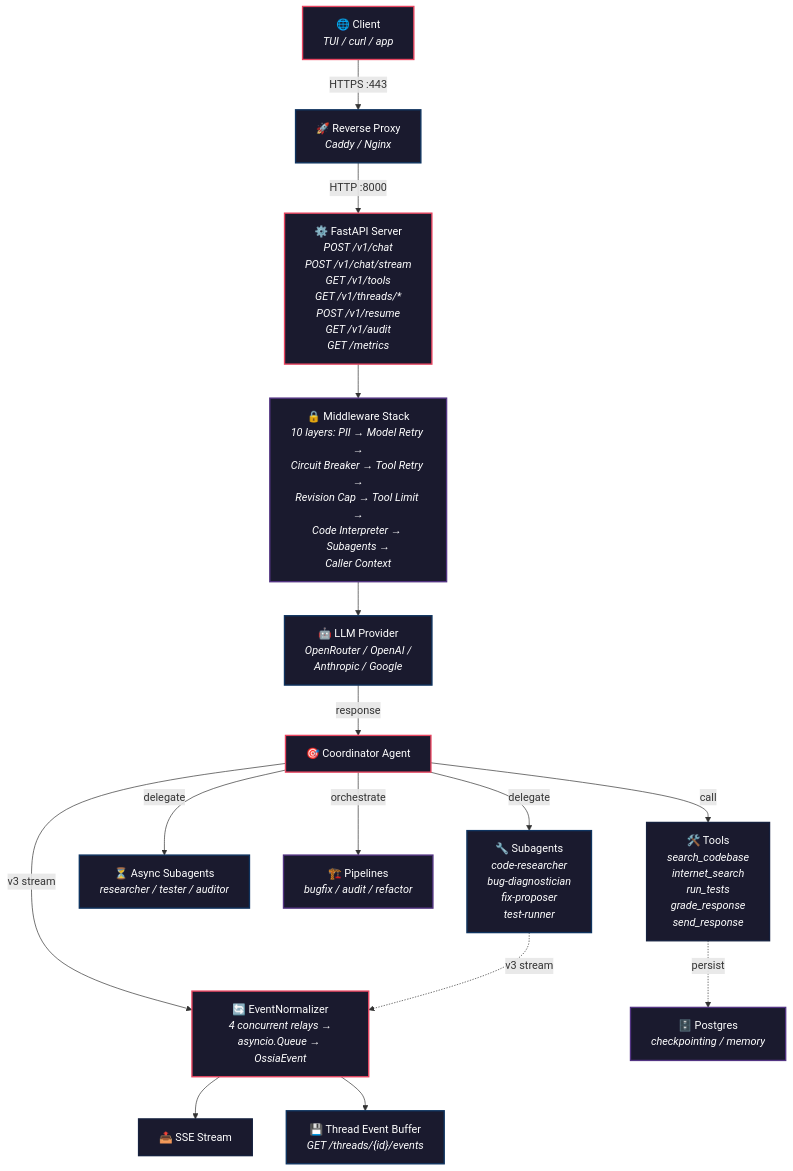
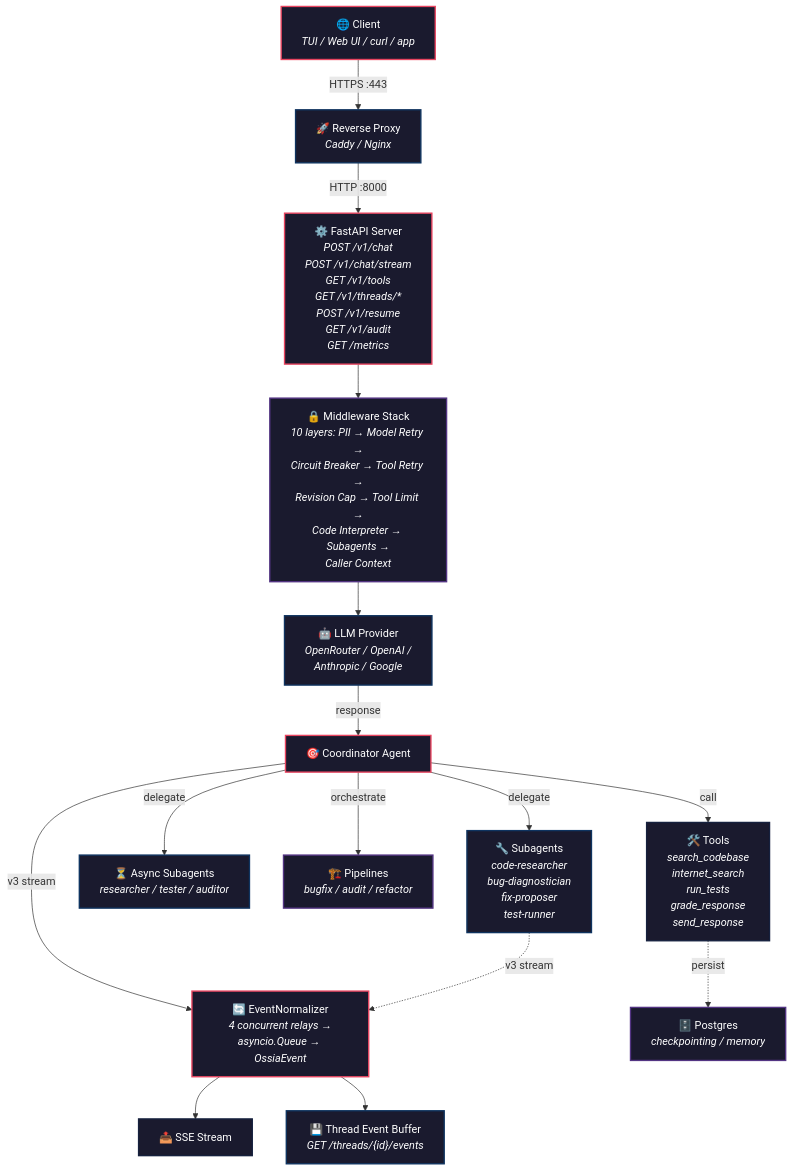
Before and after one commit to Kiy-K/Ossia: the diagram in README.md, drawn with Mermaid. The commit also changed other lines of this file and 1727 other files, not shown here.

````diff
--- a/README.md
+++ b/README.md
@@ -37,47 +37,47 @@
 ```mermaid
 flowchart TB
-    Client["🌐 Client<br/><i>TUI / curl / app</i>"]
+    Client["🌐 Client<br/><i>TUI / Web UI / curl / app</i>"]
     Proxy["🚀 Reverse Proxy<br/><i>Caddy / Nginx</i>"]
     API["⚙️ FastAPI Server<br/><i>POST /v1/chat<br/>POST /v1/chat/stream<br/>GET /v1/tools<br/>GET /v1/threads/*<br/>POST /v1/resume<br/>GET /v1/audit<br/>GET /metrics</i>"]
     MW["🔒 Middleware Stack<br/><i>10 layers: PII → Model Retry →<br/>Circuit Breaker → Tool Retry →<br/>Revision Cap → Tool Limit →<br/>Code Interpreter → Subagents →<br/>Caller Context</i>"]
     LLM["🤖 LLM Provider<br/><i>OpenRouter / OpenAI /<br/>Anthropic / Google</i>"]
     COORD["🎯 Coordinator Agent"]
     SUB["🔧 Subagents<br/><i>code-researcher<br/>bug-diagnostician<br/>fix-proposer<br/>test-runner</i>"]
     ASYNC["⏳ Async Subagents<br/><i>researcher / tester / auditor</i>"]
     PIPE["🏗️ Pipelines<br/><i>bugfix / audit / refactor</i>"]
     TOOLS["🛠️ Tools<br/><i>search_codebase<br/>internet_search<br/>run_tests<br/>grade_response<br/>send_response</i>"]
     NORM["🔄 EventNormalizer<br/><i>4 concurrent relays →<br/>asyncio.Queue → OssiaEvent</i>"]
     SSE["📤 SSE Stream"]
     BUF["💾 Thread Event Buffer<br/><i>GET /threads/{id}/events</i>"]
     POSTGRES["🗄️ Postgres<br/><i>checkpointing / memory</i>"]
 
     Client -->|HTTPS :443| Proxy
     Proxy -->|HTTP :8000| API
     API --> MW
     MW --> LLM
     LLM -->|response| COORD
     COORD -->|delegate| SUB
     COORD -->|delegate| ASYNC
     COORD -->|orchestrate| PIPE
     COORD -->|call| TOOLS
     TOOLS -.->|persist| POSTGRES
     COORD -->|v3 stream| NORM
     SUB -.->|v3 stream| NORM
     NORM --> SSE
     NORM --> BUF
 
     style Client fill:#1a1a2e,stroke:#e94560,stroke-width:2px,color:#fff
     style Proxy fill:#1a1a2e,stroke:#0f3460,stroke-width:2px,color:#fff
     style API fill:#1a1a2e,stroke:#e94560,stroke-width:2px,color:#fff
     style MW fill:#1a1a2e,stroke:#533483,stroke-width:2px,color:#fff
     style LLM fill:#1a1a2e,stroke:#0f3460,stroke-width:2px,color:#fff
     style COORD fill:#1a1a2e,stroke:#e94560,stroke-width:2px,color:#fff
     style SUB fill:#1a1a2e,stroke:#0f3460,stroke-width:2px,color:#fff
     style ASYNC fill:#1a1a2e,stroke:#0f3460,stroke-width:2px,color:#fff
     style PIPE fill:#1a1a2e,stroke:#533483,stroke-width:2px,color:#fff
     style TOOLS fill:#1a1a2e,stroke:#16213e,stroke-width:2px,color:#fff
     style NORM fill:#1a1a2e,stroke:#e94560,stroke-width:2px,color:#fff
     style SSE fill:#1a1a2e,stroke:#16213e,stroke-width:2px,color:#fff
     style BUF fill:#1a1a2e,stroke:#0f3460,stroke-width:2px,color:#fff
     style POSTGRES fill:#1a1a2e,stroke:#533483,stroke-width:2px,color:#fff
 ```
````
